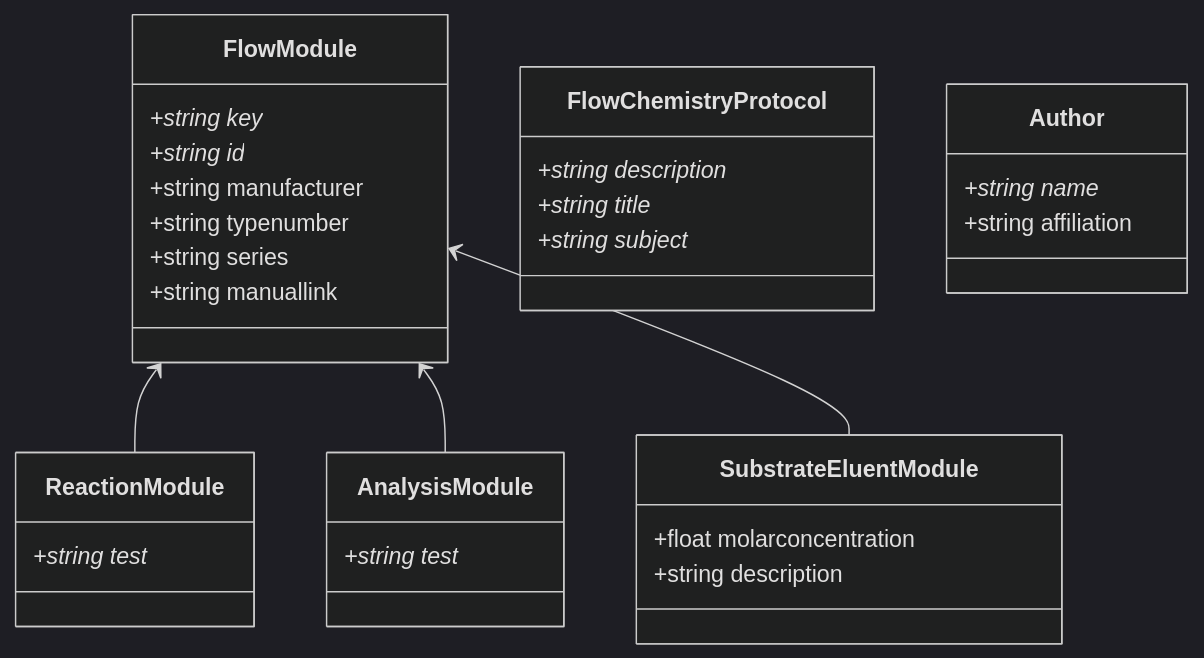
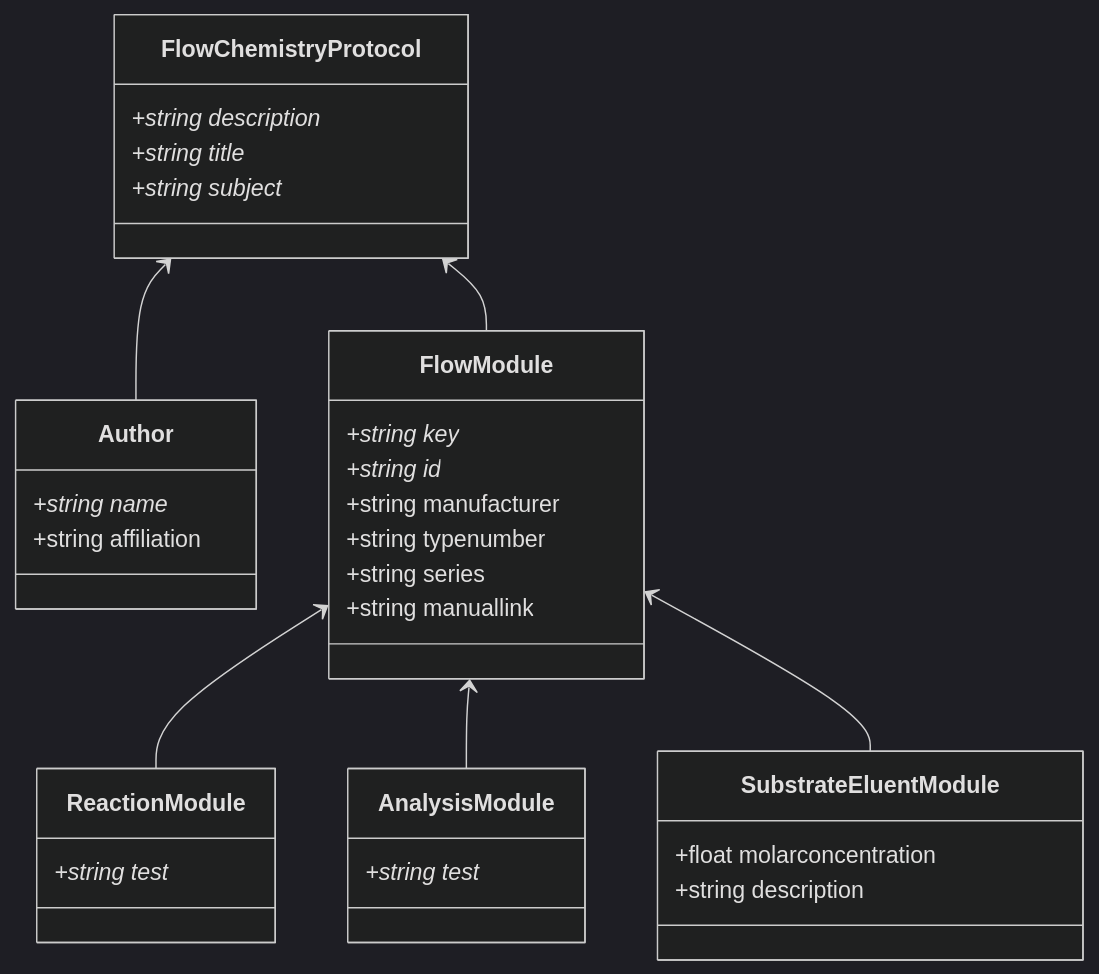
The diagram in pyDataset/schemes/Dataset.md (C-Kessler/sdrdm-flowchem-B2), drawn with Mermaid (dark theme) before and after one commit. The commit also changed 1 other file, not shown here.

````diff
--- a/pyDataset/schemes/Dataset.md
+++ b/pyDataset/schemes/Dataset.md
@@ -1,40 +1,42 @@
 ```mermaid
 classDiagram
+    FlowChemistryProtocol <-- Author
+    FlowChemistryProtocol <-- FlowModule
     FlowModule <-- ReactionModule
     FlowModule <-- AnalysisModule
     FlowModule <-- SubstrateEluentModule
     
     class FlowChemistryProtocol {
         +string description*
         +string title*
         +string subject*
     }
     
     class Author {
         +string name*
         +string affiliation
     }
     
     class FlowModule {
         +string key*
         +string id*
         +string manufacturer
         +string typenumber
         +string series
         +string manuallink
     }
     
     class ReactionModule {
         +string test*
     }
     
     class AnalysisModule {
         +string test*
     }
     
     class SubstrateEluentModule {
         +float molarconcentration
         +string description
     }
     
 ```
````
